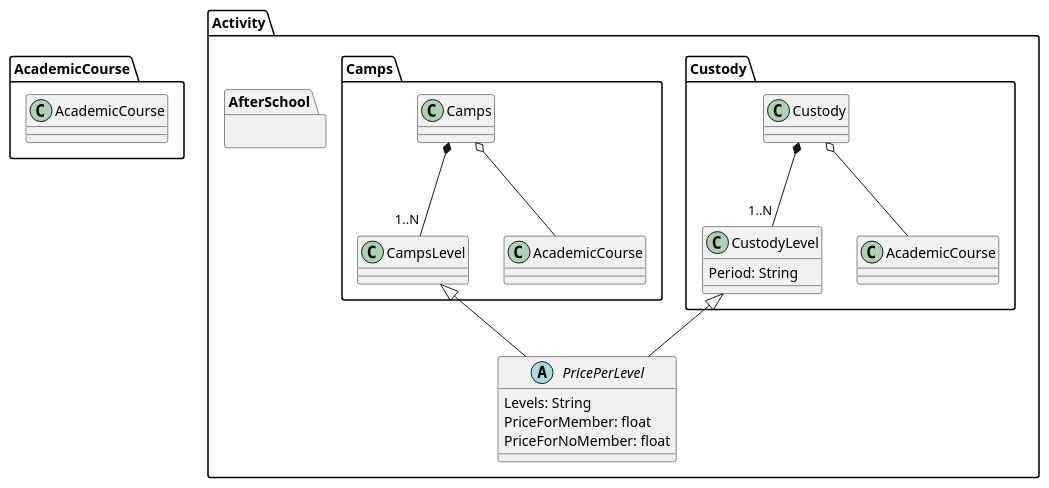
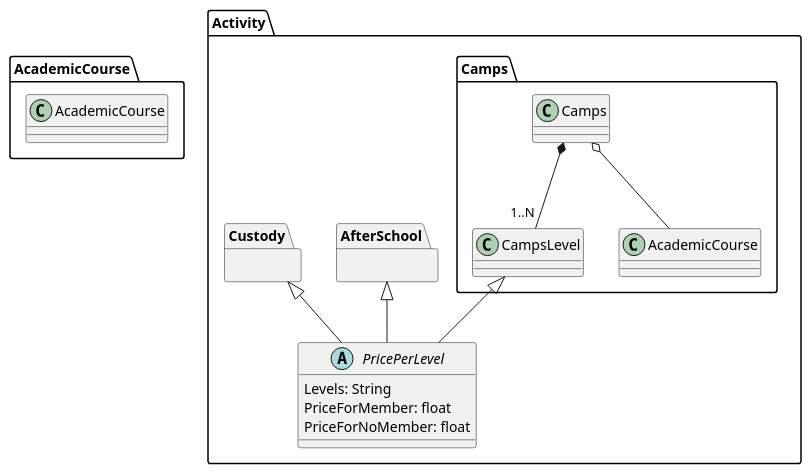
Before and after one commit to IgnacioMaestro/ampa-manager: the diagram in doc/DomainModelDiagram/ActivityPackage/ActivityPackage.puml, drawn with PlantUML. The commit also changed 3 other files, not shown here.

```diff
--- a/doc/DomainModelDiagram/ActivityPackage/ActivityPackage.puml
+++ b/doc/DomainModelDiagram/ActivityPackage/ActivityPackage.puml
@@ -1,33 +1,27 @@
 @startuml
 package AcademicCourse{
   class AcademicCourse
 }
 package Activity{
     package AfterSchool{}
-    package Custody{
-        class Custody
-        class CustodyLevel{
-            Period: String
-        }
-        Custody *-- "1..N" CustodyLevel: ""
-        Custody o-- AcademicCourse
-    }
+    package Custody{}
 
     package Camps{
         class Camps
         class CampsLevel
         Camps *-- "1..N" CampsLevel: ""
         Camps o-- AcademicCourse
     }
 
     abstract class PricePerLevel{
         Levels: String
         PriceForMember: float
         PriceForNoMember: float
     }
 
     CampsLevel <|-- PricePerLevel
-    CustodyLevel <|-- PricePerLevel
+    Custody <|-- PricePerLevel
+    AfterSchool <|-- PricePerLevel
 }
 
 @enduml
```
